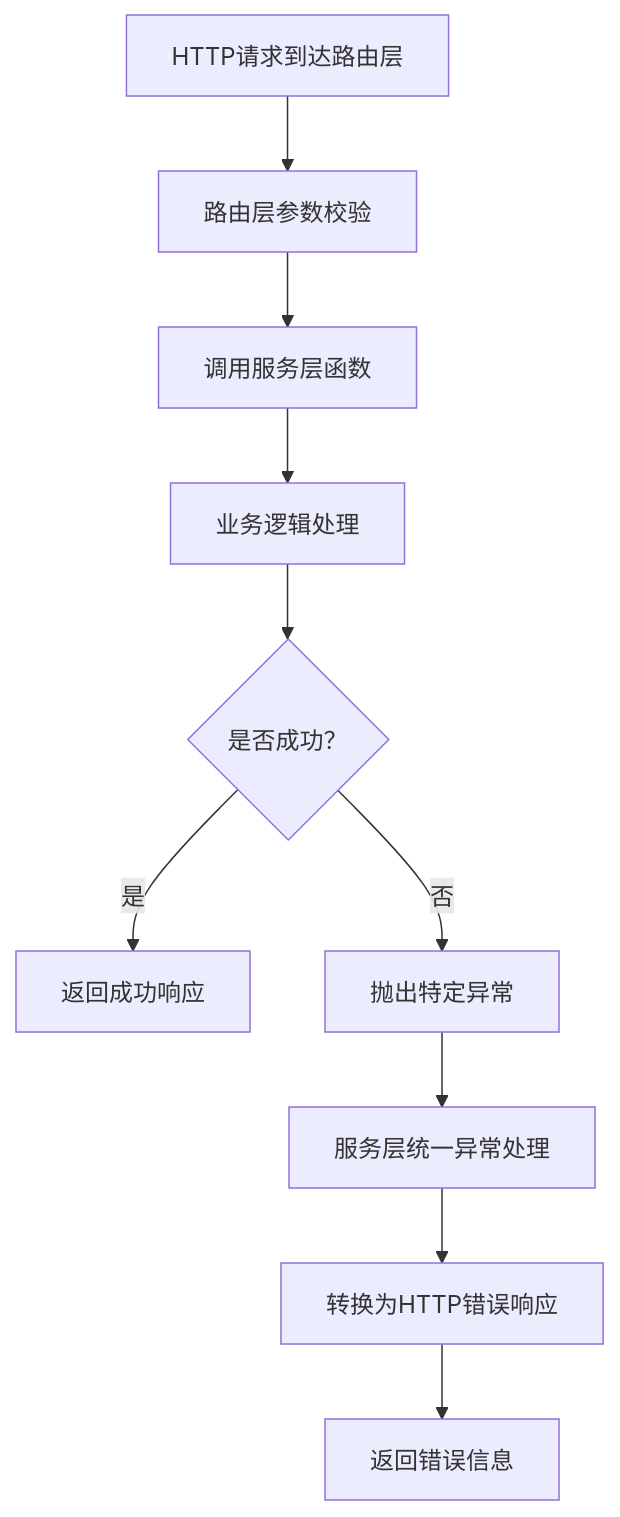
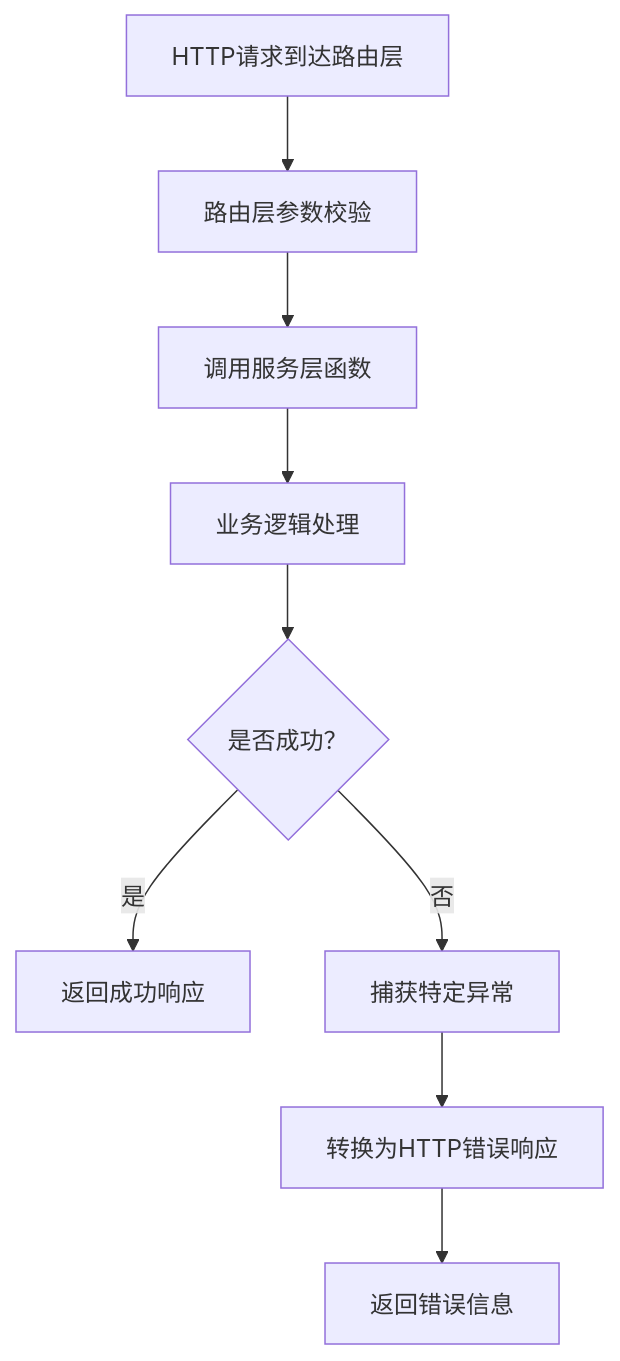
One commit to gujialind/InvestRing changed the second of 8 diagrams in .qoder/repowiki/zh/content/后端API文档/申购赎回API.md. Above: the diagram before and after it, drawn with Mermaid. The commit also changed other lines of this file and 65 other files, not shown here.

````diff
--- a/.qoder/repowiki/zh/content/后端API文档/申购赎回API.md
+++ b/.qoder/repowiki/zh/content/后端API文档/申购赎回API.md
@@ -162,12 +159,11 @@
 ```mermaid
 flowchart TD
 A["HTTP请求到达路由层"] --> B["路由层参数校验"]
 B --> C["调用服务层函数"]
 C --> D["业务逻辑处理"]
 D --> E{"是否成功？"}
 E --> |是| F["返回成功响应"]
-E --> |否| G["抛出特定异常"]
-G --> H["服务层统一异常处理"]
-H --> I["转换为HTTP错误响应"]
-I --> J["返回错误信息"]
+E --> |否| G["捕获特定异常"]
+G --> H["转换为HTTP错误响应"]
+H --> I["返回错误信息"]
 ```
````
